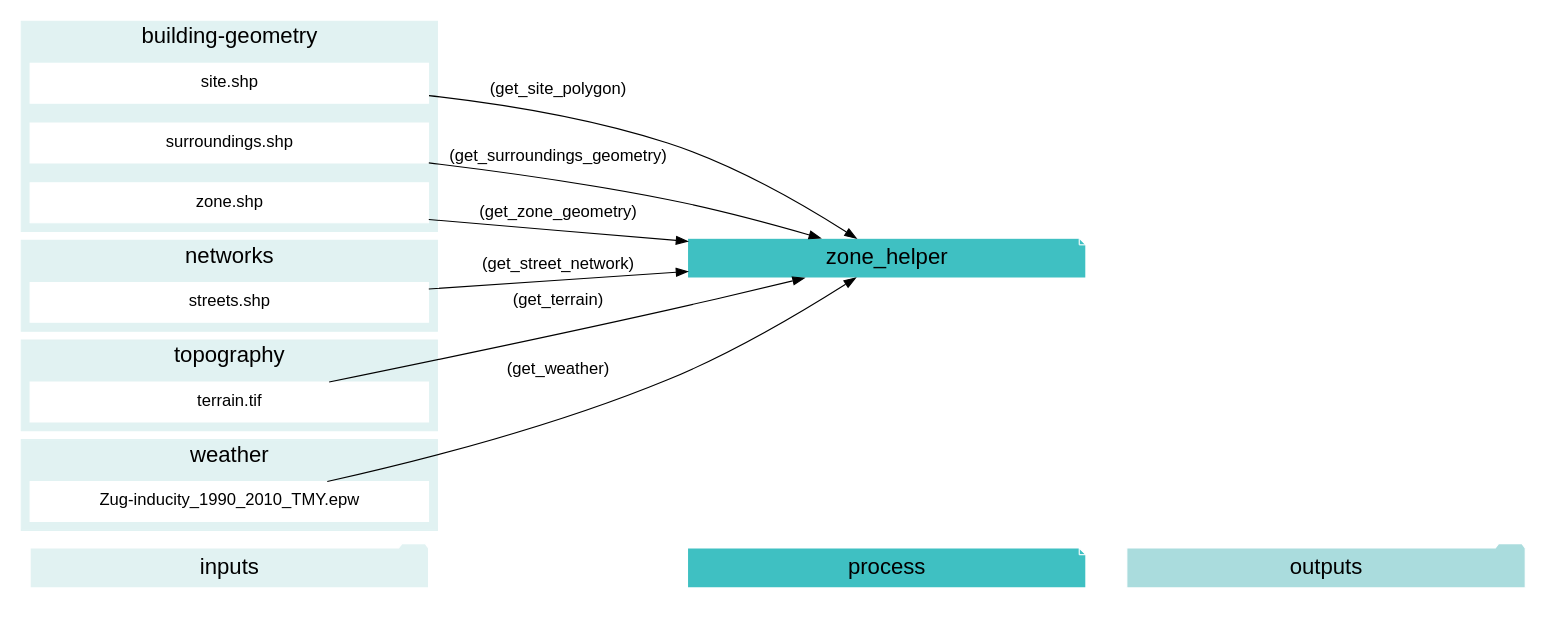
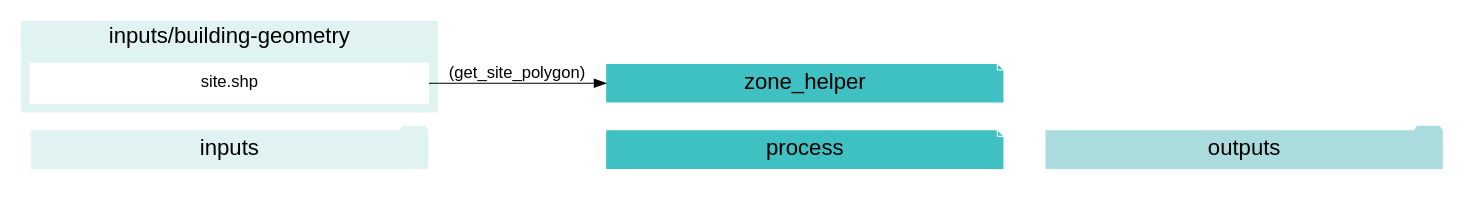
One commit to architecture-building-systems/CityEnergyAnalyst changed the fifth of 23 diagrams in docs/script-data-flow.rst. Above: the diagram before and after it, drawn with Graphviz. The commit also changed other lines of this file and 25 other files, not shown here.

Commit message:
cleaning up cea-doc graphviz

```diff
--- a/docs/script-data-flow.rst
+++ b/docs/script-data-flow.rst
@@ -417,59 +316,28 @@
 .. graphviz::
 
-    digraph trace_inputlocator {
+    digraph zone_helper {
     rankdir="LR";
     graph [overlap=false, fontname=arial];
     node [shape=box, style=filled, color=white, fontsize=15, fontname=arial, fixedsize=true, width=5];
     edge [fontname=arial, fontsize = 15]
     newrank=true
     subgraph cluster_legend {
     fontsize=25
     style=invis
     "process"[style=filled, fillcolor="#3FC0C2", shape=note, fontsize=20, fontname="arial"]
     "inputs" [style=filled, shape=folder, color=white, fillcolor="#E1F2F2", fontsize=20]
     "outputs"[style=filled, shape=folder, color=white, fillcolor="#aadcdd", fontsize=20]
     "inputs"->"process"[style=invis]
     "process"->"outputs"[style=invis]
     }
     "zone_helper"[style=filled, color=white, fillcolor="#3FC0C2", shape=note, fontsize=20, fontname=arial];
     subgraph cluster_0_in {
         style = filled;
         color = "#E1F2F2";
         fontsize = 20;
         rank=same;
-        label="building-geometry";
+        label="inputs/building-geometry";
         "site.shp"
-        "surroundings.shp"
-        "zone.shp"
-    }
-    subgraph cluster_1_in {
-        style = filled;
-        color = "#E1F2F2";
-        fontsize = 20;
-        rank=same;
-        label="networks";
-        "streets.shp"
-    }
-    subgraph cluster_2_in {
-        style = filled;
-        color = "#E1F2F2";
-        fontsize = 20;
-        rank=same;
-        label="topography";
-        "terrain.tif"
-    }
-    subgraph cluster_3_in {
-        style = filled;
-        color = "#E1F2F2";
-        fontsize = 20;
-        rank=same;
-        label="weather";
-        "Zug-inducity_1990_2010_TMY.epw"
     }
     "site.shp" -> "zone_helper"[label="(get_site_polygon)"]
-    "streets.shp" -> "zone_helper"[label="(get_street_network)"]
-    "surroundings.shp" -> "zone_helper"[label="(get_surroundings_geometry)"]
-    "terrain.tif" -> "zone_helper"[label="(get_terrain)"]
-    "Zug-inducity_1990_2010_TMY.epw" -> "zone_helper"[label="(get_weather)"]
-    "zone.shp" -> "zone_helper"[label="(get_zone_geometry)"]
     }
```
